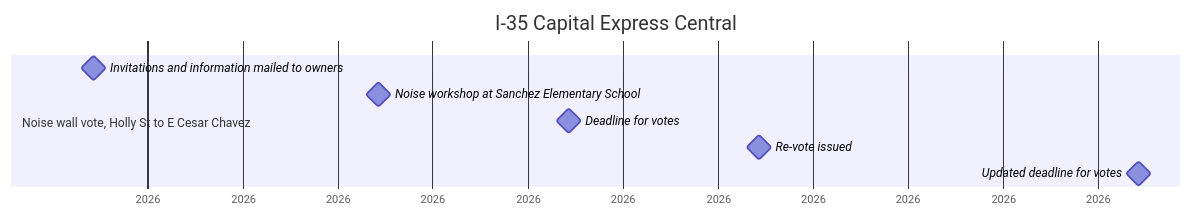
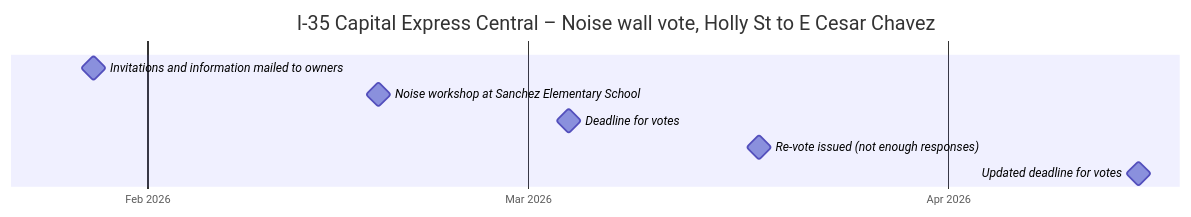
The first of 32 diagrams in docs/projects.md (changesaroundme/calendars), drawn with Mermaid before and after one commit. The commit also changed other lines of this file and 3 other files, not shown here.

````diff
--- a/docs/projects.md
+++ b/docs/projects.md
@@ -23,12 +27,13 @@
 ```mermaid
 gantt
-    title I-35 Capital Express Central
+    title I-35 Capital Express Central – Noise wall vote, Holly St to E Cesar Chavez
     dateFormat YYYY-MM-DD
-    axisFormat %Y
-    section Noise wall vote, Holly St to E Cesar Chavez
+    axisFormat %b %Y
+    tickInterval 1month
+    todayMarker off
     Invitations and information mailed to owners :milestone, p1, 2026-01-28, 0d
     Noise workshop at Sanchez Elementary School :milestone, p2, 2026-02-18, 0d
     Deadline for votes :milestone, p3, 2026-03-04, 0d
-    Re-vote issued :milestone, p4, 2026-03-18, 0d
+    Re-vote issued (not enough responses) :milestone, p4, 2026-03-18, 0d
     Updated deadline for votes :milestone, p5, 2026-04-15, 0d
 ```
````
